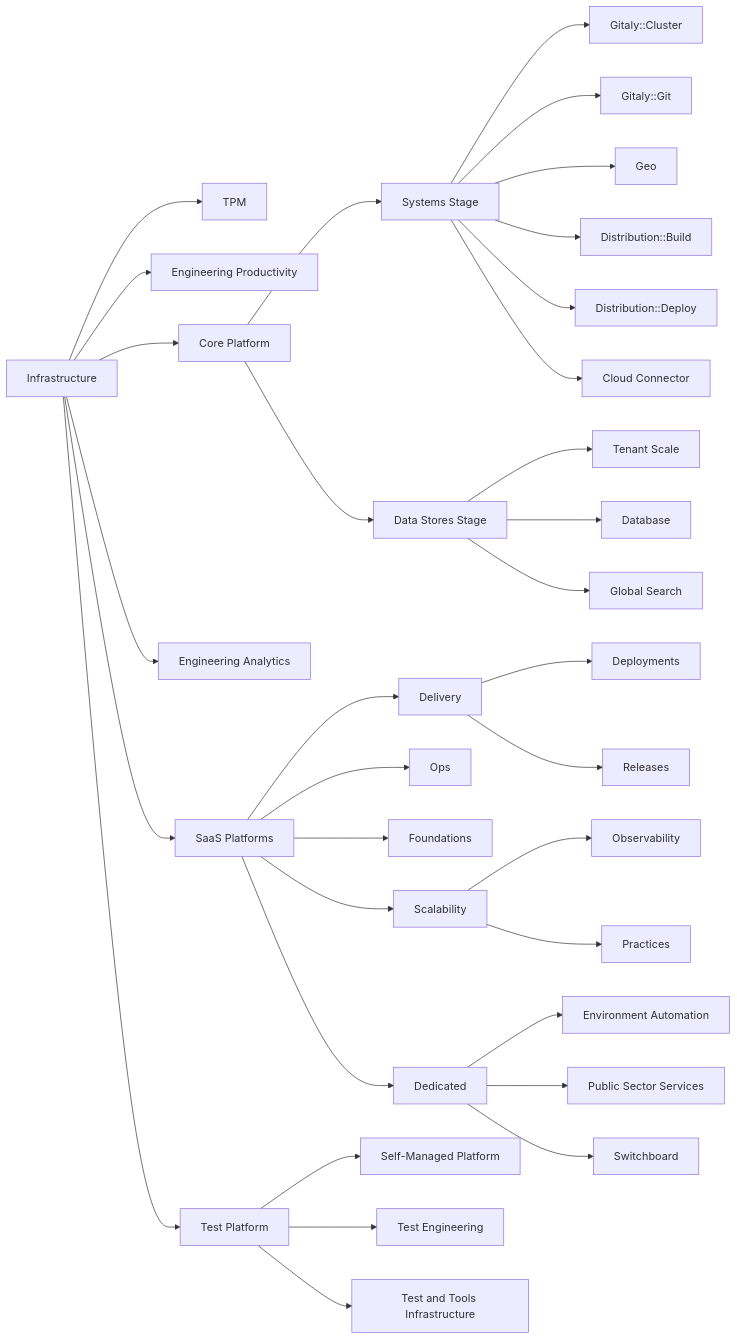
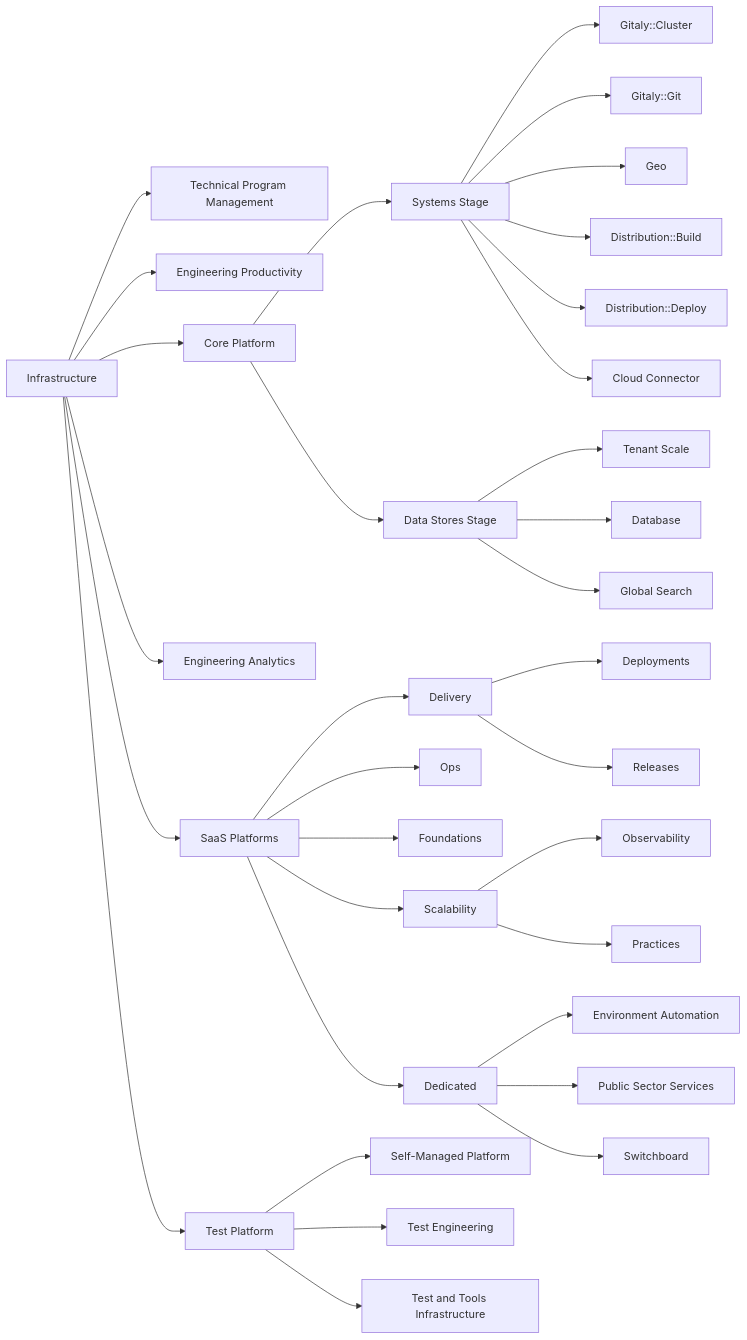
Before and after one commit to secretstartups/handbook: the diagram in content/handbook/engineering/infrastructure/_index.md, drawn with Mermaid. The commit also changed 1 other file, not shown here.

Commit message:
Add TPM Team Page in Handbook

````diff
--- a/content/handbook/engineering/infrastructure/_index.md
+++ b/content/handbook/engineering/infrastructure/_index.md
@@ -43,72 +43,73 @@
 ```mermaid
 flowchart LR
     I[Infrastructure]
     click I "/handbook/engineering/infrastructure/"
 
-    I --> TPM
+    I --> TPM[Technical Program Management]
+    click TPM "/handbook/engineering/infrastructure/Technical-Program-Management/"
 
     I --> EP[Engineering Productivity]
     click EP "/handbook/engineering/infrastructure/engineering-productivity/"
     I --> C[Core Platform]
     click C "/handbook/engineering/infrastructure/core-platform/"
     I --> EA[Engineering Analytics]
     click EA "/handbook/engineering/quality/engineering-analytics/"
     I --> TP[Test Platform]
     click TP "/handbook/engineering/infrastructure/test-platform/"
     I --> SP[SaaS Platforms]
     click SP "/handbook/engineering/infrastructure/platforms/"
 
     C --> SS[Systems Stage]
     click SS "/handbook/engineering/infrastructure/core-platform/systems/"
 
     SS --> GC[Gitaly::Cluster]
     click GC "/handbook/engineering/infrastructure/core-platform/systems/gitaly/"
     SS --> GG[Gitaly::Git]
     click GG "/handbook/engineering/infrastructure/core-platform/systems/gitaly/"
     SS --> Geo
     click Geo "/handbook/engineering/infrastructure/core-platform/systems/geo/"
     SS --> DB[Distribution::Build]
     click DB "/handbook/engineering/infrastructure/core-platform/systems/distribution/"
     SS --> DD[Distribution::Deploy]
     click DD "/handbook/engineering/infrastructure/core-platform/systems/distribution/"
     SS --> CC[Cloud Connector]
     click CC "/handbook/engineering/infrastructure/core-platform/systems/cloud-connector/"
 
     C --> DS[Data Stores Stage]
     click DS "/handbook/engineering/infrastructure/core-platform/data_stores/"
     DS --> TS[Tenant Scale]
     click TS "/handbook/engineering/infrastructure/core-platform/data_stores/tenant-scale/"
     DS --> Database
     click Database "/handbook/engineering/infrastructure/core-platform/data_stores/database/"
     DS --> GS[Global Search]
     click GS "/handbook/engineering/infrastructure/core-platform/data_stores/search/"
 
     SP --> DE[Delivery]
     click DE "/handbook/engineering/infrastructure/team/delivery/"
     DE --> Deployments
     DE --> Releases
     SP --> Ops
     click Ops "/handbook/engineering/infrastructure/team/ops/"
     SP --> Foundations
     click Foundations "/handbook/engineering/infrastructure/team/foundations/"
     SP --> Scalability
     click Scalability "/handbook/engineering/infrastructure/team/scalability/"
     Scalability --> Observability
     Scalability --> Practices
 
     SP --> D[Dedicated]
     click D "/handbook/engineering/infrastructure/team/gitlab-dedicated/"
     D --> E[Environment Automation]
     click E "/handbook/engineering/infrastructure/team/gitlab-dedicated/"
     D --> PSS[Public Sector Services]
     click PSS "/handbook/engineering/infrastructure/team/gitlab-dedicated/us-public-sector-services/"
     D --> Switchboard
     click Switchboard "/handbook/engineering/infrastructure/team/gitlab-dedicated/switchboard/"
 
     TP --> SMP[Self-Managed Platform]
     click SMP "/handbook/engineering/infrastructure/test-platform/self-managed-platform-team/"
     TP --> TE[Test Engineering]
     click TE "/handbook/engineering/infrastructure/test-platform/test-engineering-team/"
     TP --> TTI[Test and Tools Infrastructure]
     click TTI "/handbook/engineering/infrastructure/test-platform/test-and-tools-infrastructure-team/"
 ```
````
